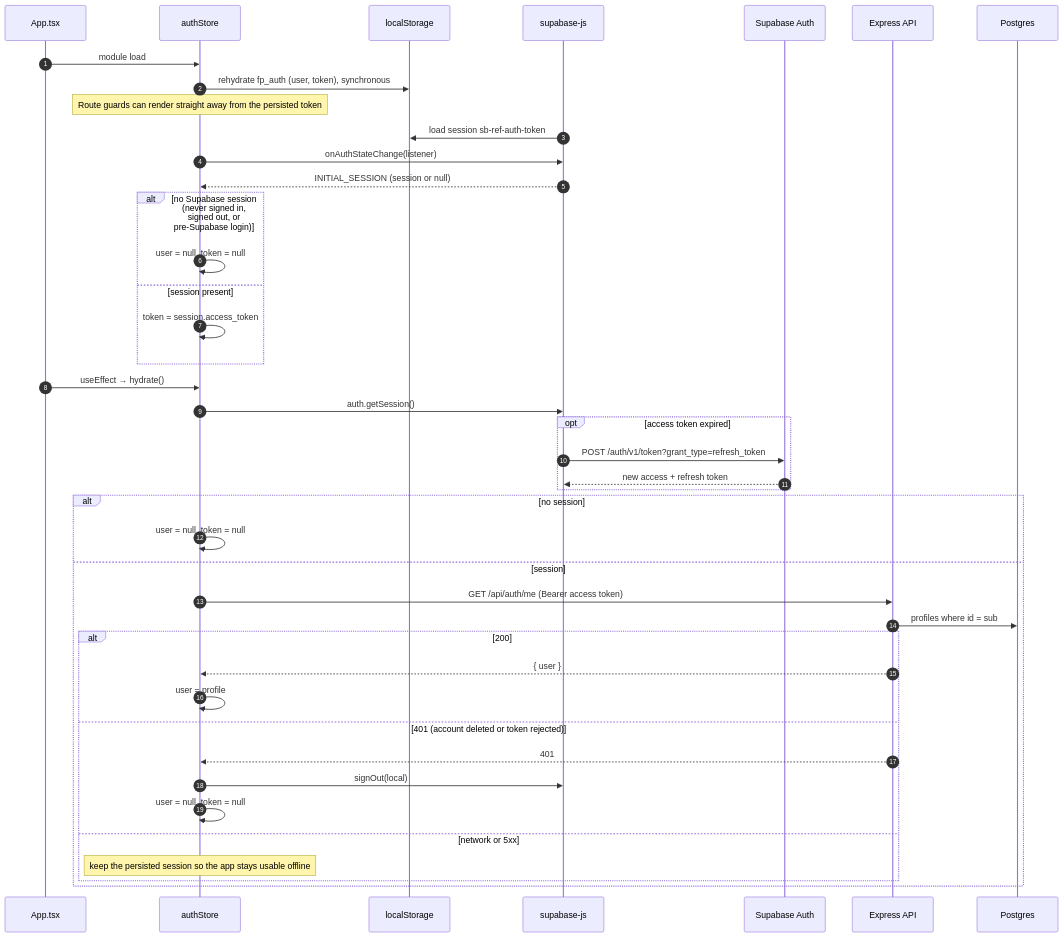
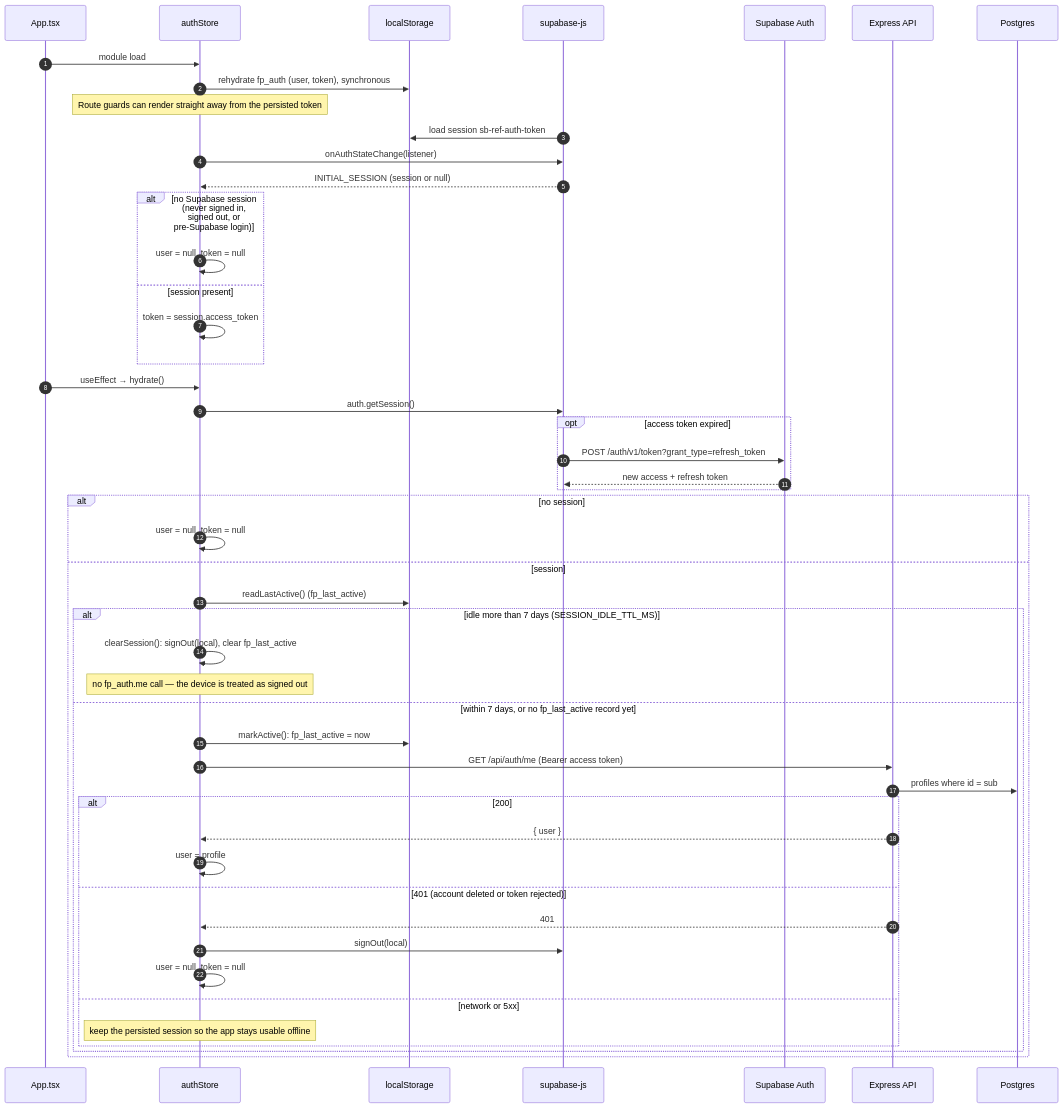
One commit to The-KhaNha/KhaNha changed the third of 27 diagrams in docs/ARCHITECTURE.md. Above: the diagram before and after it, drawn with Mermaid. The commit also changed other lines of this file and 69 other files, not shown here.

````diff
--- a/docs/ARCHITECTURE.md
+++ b/docs/ARCHITECTURE.md
@@ -138,45 +138,52 @@
 ```mermaid
 sequenceDiagram
   autonumber
   participant App as App.tsx
   participant Store as authStore
   participant LS as localStorage
   participant SB as supabase-js
   participant Auth as Supabase Auth
   participant API as Express API
   participant DB as Postgres
 
   App->>Store: module load
   Store->>LS: rehydrate fp_auth (user, token), synchronous
   Note over Store: Route guards can render straight away from the persisted token
   SB->>LS: load session sb-ref-auth-token
   Store->>SB: onAuthStateChange(listener)
   SB-->>Store: INITIAL_SESSION (session or null)
   alt no Supabase session (never signed in, signed out, or pre-Supabase login)
     Store->>Store: user = null, token = null
   else session present
     Store->>Store: token = session.access_token
   end
   App->>Store: useEffect → hydrate()
   Store->>SB: auth.getSession()
   opt access token expired
     SB->>Auth: POST /auth/v1/token?grant_type=refresh_token
     Auth-->>SB: new access + refresh token
   end
   alt no session
     Store->>Store: user = null, token = null
   else session
-    Store->>API: GET /api/auth/me (Bearer access token)
-    API->>DB: profiles where id = sub
-    alt 200
-      API-->>Store: { user }
-      Store->>Store: user = profile
-    else 401 (account deleted or token rejected)
-      API-->>Store: 401
-      Store->>SB: signOut(local)
-      Store->>Store: user = null, token = null
-    else network or 5xx
-      Note over Store: keep the persisted session so the app stays usable offline
+    Store->>LS: readLastActive() (fp_last_active)
+    alt idle more than 7 days (SESSION_IDLE_TTL_MS)
+      Store->>Store: clearSession(): signOut(local), clear fp_last_active
+      Note over Store: no fp_auth.me call — the device is treated as signed out
+    else within 7 days, or no fp_last_active record yet
+      Store->>LS: markActive(): fp_last_active = now
+      Store->>API: GET /api/auth/me (Bearer access token)
+      API->>DB: profiles where id = sub
+      alt 200
+        API-->>Store: { user }
+        Store->>Store: user = profile
+      else 401 (account deleted or token rejected)
+        API-->>Store: 401
+        Store->>SB: signOut(local)
+        Store->>Store: user = null, token = null
+      else network or 5xx
+        Note over Store: keep the persisted session so the app stays usable offline
+      end
     end
   end
 ```
````
